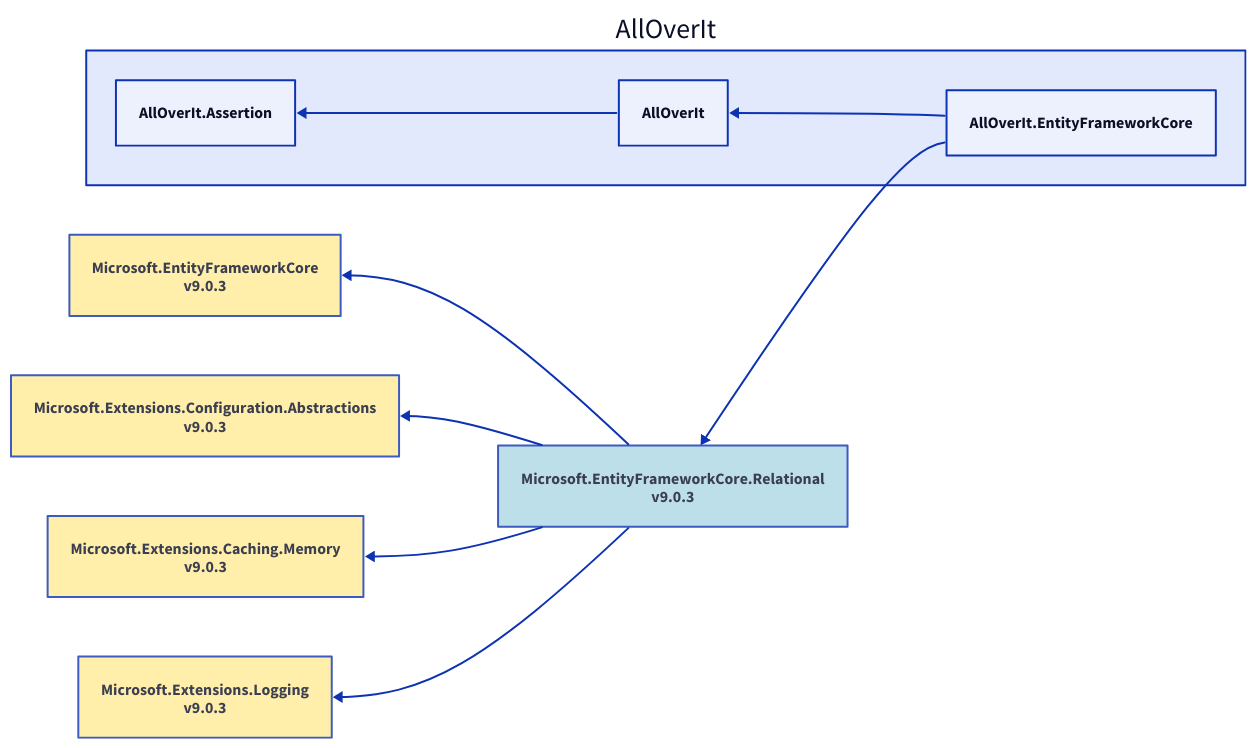
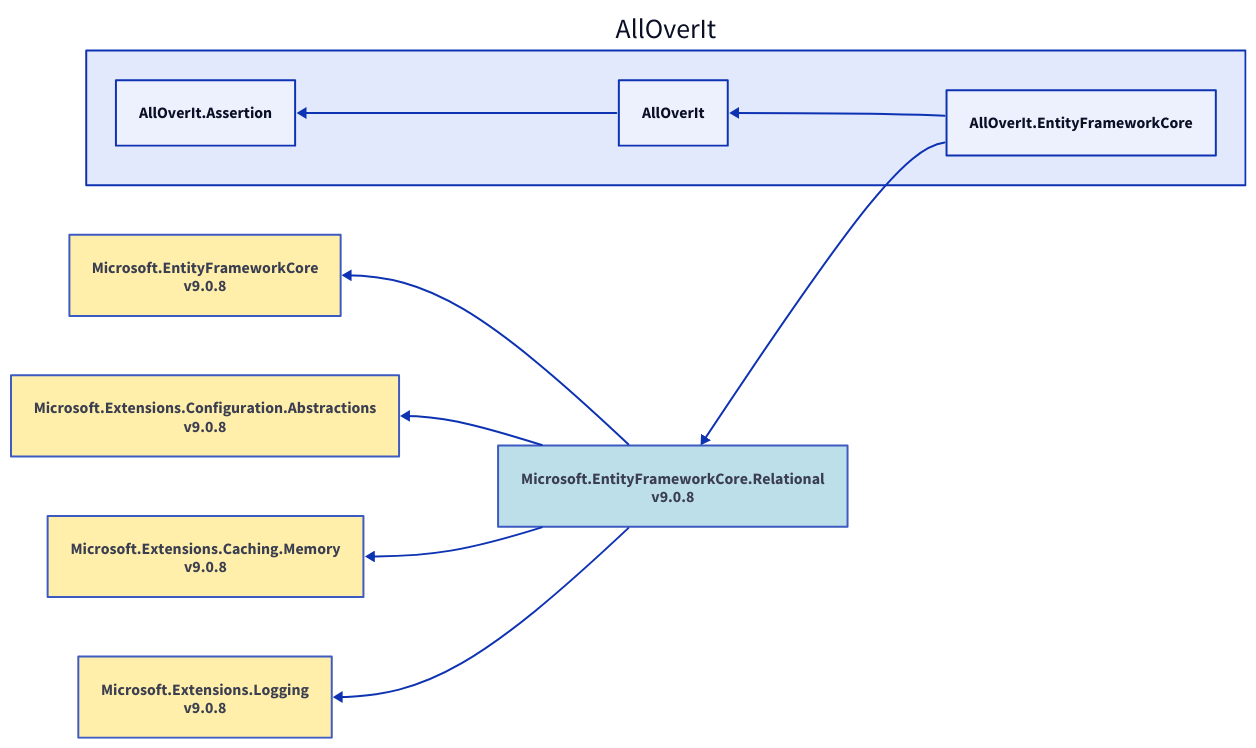
One commit to mjfreelancing/AllOverIt changed the diagram in Docs/Reference/Content/images/dependencies/net8.0/alloverit-entityframeworkcore.d2. Above: the diagram before and after it, drawn with D2. The commit also changed 106 other files, not shown here.

Commit message:
v8.2.1 - Update packages and diagrams (#145)

```diff
--- a/Docs/Reference/Content/images/dependencies/net8.0/alloverit-entityframeworkcore.d2
+++ b/Docs/Reference/Content/images/dependencies/net8.0/alloverit-entityframeworkcore.d2
@@ -1,28 +1,28 @@
 direction: left
 
 aoi: AllOverIt
 aoi.alloverit-entityframeworkcore: AllOverIt.EntityFrameworkCore
-microsoft-entityframeworkcore-relational_9-0-3: Microsoft.EntityFrameworkCore.Relational\nv9.0.3
-microsoft-entityframeworkcore-relational_9-0-3.style.fill: "#ADD8E6"
-microsoft-entityframeworkcore-relational_9-0-3.style.opacity: 0.8
-microsoft-entityframeworkcore_9-0-3: Microsoft.EntityFrameworkCore\nv9.0.3
-microsoft-entityframeworkcore_9-0-3.style.fill: "#FFEC96"
-microsoft-entityframeworkcore_9-0-3.style.opacity: 0.8
-microsoft-entityframeworkcore_9-0-3 <- microsoft-entityframeworkcore-relational_9-0-3
-microsoft-extensions-configuration-abstractions_9-0-3: Microsoft.Extensions.Configuration.Abstractions\nv9.0.3
-microsoft-extensions-configuration-abstractions_9-0-3.style.fill: "#FFEC96"
-microsoft-extensions-configuration-abstractions_9-0-3.style.opacity: 0.8
-microsoft-extensions-configuration-abstractions_9-0-3 <- microsoft-entityframeworkcore-relational_9-0-3
-microsoft-extensions-caching-memory_9-0-3: Microsoft.Extensions.Caching.Memory\nv9.0.3
-microsoft-extensions-caching-memory_9-0-3.style.fill: "#FFEC96"
-microsoft-extensions-caching-memory_9-0-3.style.opacity: 0.8
-microsoft-extensions-caching-memory_9-0-3 <- microsoft-entityframeworkcore-relational_9-0-3
-microsoft-extensions-logging_9-0-3: Microsoft.Extensions.Logging\nv9.0.3
-microsoft-extensions-logging_9-0-3.style.fill: "#FFEC96"
-microsoft-extensions-logging_9-0-3.style.opacity: 0.8
-microsoft-extensions-logging_9-0-3 <- microsoft-entityframeworkcore-relational_9-0-3
-microsoft-entityframeworkcore-relational_9-0-3 <- aoi.alloverit-entityframeworkcore
+microsoft-entityframeworkcore-relational_9-0-8: Microsoft.EntityFrameworkCore.Relational\nv9.0.8
+microsoft-entityframeworkcore-relational_9-0-8.style.fill: "#ADD8E6"
+microsoft-entityframeworkcore-relational_9-0-8.style.opacity: 0.8
+microsoft-entityframeworkcore_9-0-8: Microsoft.EntityFrameworkCore\nv9.0.8
+microsoft-entityframeworkcore_9-0-8.style.fill: "#FFEC96"
+microsoft-entityframeworkcore_9-0-8.style.opacity: 0.8
+microsoft-entityframeworkcore_9-0-8 <- microsoft-entityframeworkcore-relational_9-0-8
+microsoft-extensions-configuration-abstractions_9-0-8: Microsoft.Extensions.Configuration.Abstractions\nv9.0.8
+microsoft-extensions-configuration-abstractions_9-0-8.style.fill: "#FFEC96"
+microsoft-extensions-configuration-abstractions_9-0-8.style.opacity: 0.8
+microsoft-extensions-configuration-abstractions_9-0-8 <- microsoft-entityframeworkcore-relational_9-0-8
+microsoft-extensions-caching-memory_9-0-8: Microsoft.Extensions.Caching.Memory\nv9.0.8
+microsoft-extensions-caching-memory_9-0-8.style.fill: "#FFEC96"
+microsoft-extensions-caching-memory_9-0-8.style.opacity: 0.8
+microsoft-extensions-caching-memory_9-0-8 <- microsoft-entityframeworkcore-relational_9-0-8
+microsoft-extensions-logging_9-0-8: Microsoft.Extensions.Logging\nv9.0.8
+microsoft-extensions-logging_9-0-8.style.fill: "#FFEC96"
+microsoft-extensions-logging_9-0-8.style.opacity: 0.8
+microsoft-extensions-logging_9-0-8 <- microsoft-entityframeworkcore-relational_9-0-8
+microsoft-entityframeworkcore-relational_9-0-8 <- aoi.alloverit-entityframeworkcore
 aoi.alloverit: AllOverIt
 aoi.alloverit-assertion: AllOverIt.Assertion
 aoi.alloverit-assertion <- aoi.alloverit
 aoi.alloverit <- aoi.alloverit-entityframeworkcore
```
